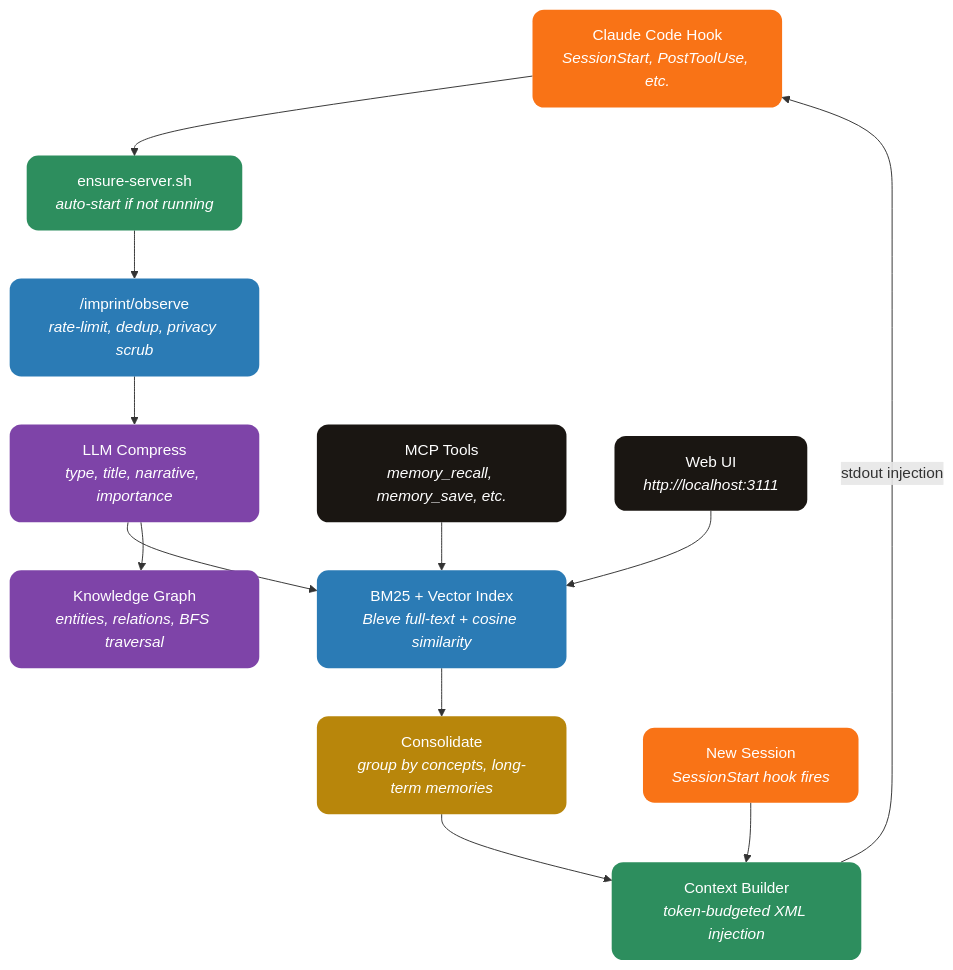
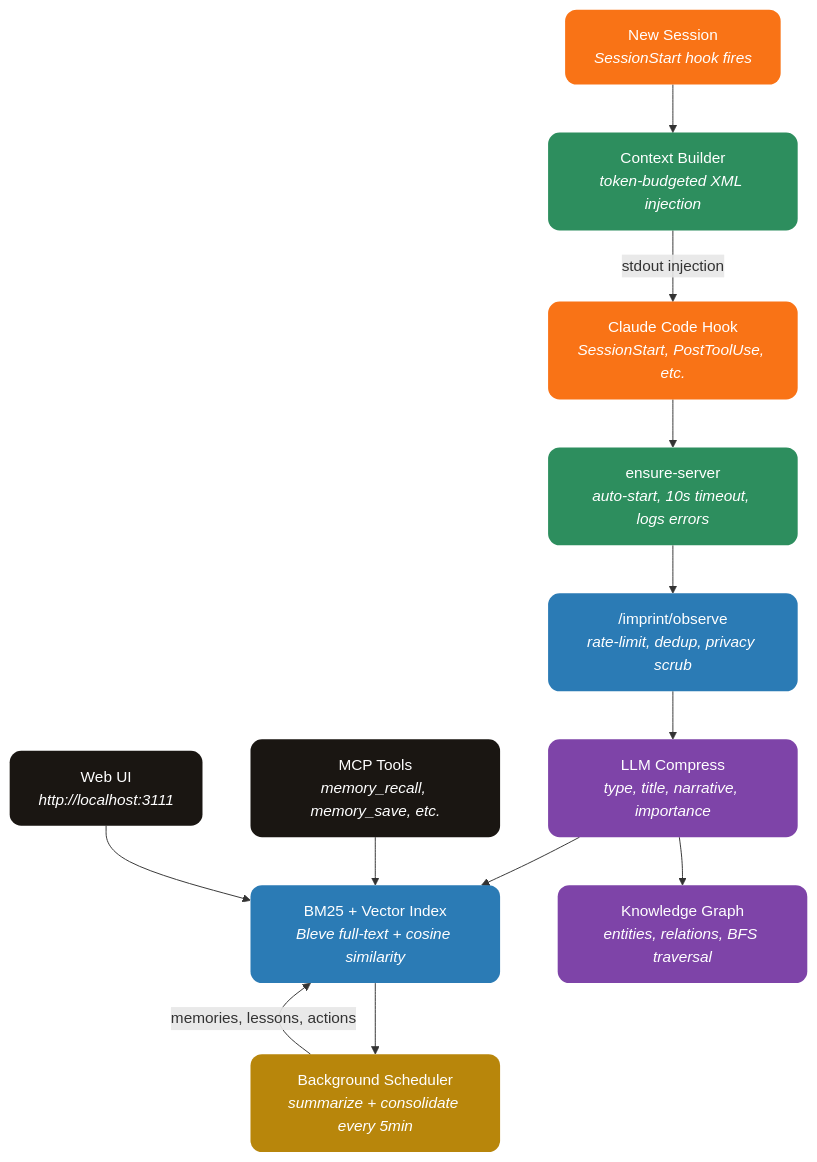
One commit to JohnPitter/imprint changed the diagram in README.md. Above: the diagram before and after it, drawn with Mermaid. The commit also changed other lines of this file and 4 other files, not shown here.

````diff
--- a/README.md
+++ b/README.md
@@ -56,38 +56,38 @@
 ```mermaid
 graph TD
     HOOK["Claude Code Hook<br/><i>SessionStart, PostToolUse, etc.</i>"]
-    ENSURE["ensure-server.sh<br/><i>auto-start if not running</i>"]
+    ENSURE["ensure-server<br/><i>auto-start, 10s timeout, logs errors</i>"]
     OBSERVE["/imprint/observe<br/><i>rate-limit, dedup, privacy scrub</i>"]
     COMPRESS["LLM Compress<br/><i>type, title, narrative, importance</i>"]
     INDEX["BM25 + Vector Index<br/><i>Bleve full-text + cosine similarity</i>"]
     GRAPH["Knowledge Graph<br/><i>entities, relations, BFS traversal</i>"]
-    CONSOLIDATE["Consolidate<br/><i>group by concepts, long-term memories</i>"]
+    SCHEDULER["Background Scheduler<br/><i>summarize + consolidate every 5min</i>"]
     CONTEXT["Context Builder<br/><i>token-budgeted XML injection</i>"]
     SESSION["New Session<br/><i>SessionStart hook fires</i>"]
     MCP["MCP Tools<br/><i>memory_recall, memory_save, etc.</i>"]
     UI["Web UI<br/><i>http://localhost:3111</i>"]
 
     HOOK --> ENSURE
     ENSURE --> OBSERVE
     OBSERVE --> COMPRESS
     COMPRESS --> INDEX
     COMPRESS --> GRAPH
-    INDEX --> CONSOLIDATE
-    CONSOLIDATE --> CONTEXT
+    INDEX --> SCHEDULER
+    SCHEDULER -->|"memories, lessons, actions"| INDEX
     SESSION --> CONTEXT
     CONTEXT -->|"stdout injection"| HOOK
     MCP --> INDEX
     UI --> INDEX
 
     style HOOK fill:#F97316,color:#fff,stroke:none,rx:12
     style ENSURE fill:#2D8E5E,color:#fff,stroke:none,rx:12
     style OBSERVE fill:#2B7BB5,color:#fff,stroke:none,rx:12
     style COMPRESS fill:#7E44A8,color:#fff,stroke:none,rx:12
     style INDEX fill:#2B7BB5,color:#fff,stroke:none,rx:12
     style GRAPH fill:#7E44A8,color:#fff,stroke:none,rx:12
-    style CONSOLIDATE fill:#B8860B,color:#fff,stroke:none,rx:12
+    style SCHEDULER fill:#B8860B,color:#fff,stroke:none,rx:12
     style CONTEXT fill:#2D8E5E,color:#fff,stroke:none,rx:12
     style SESSION fill:#F97316,color:#fff,stroke:none,rx:12
     style MCP fill:#1A1612,color:#fff,stroke:none,rx:12
     style UI fill:#1A1612,color:#fff,stroke:none,rx:12
 ```
````
